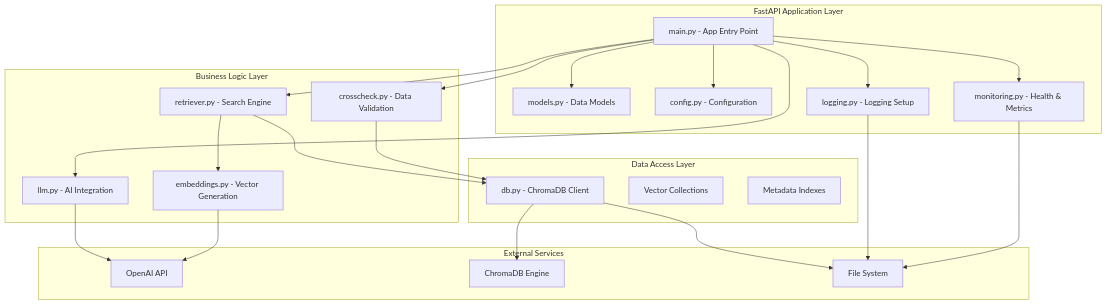
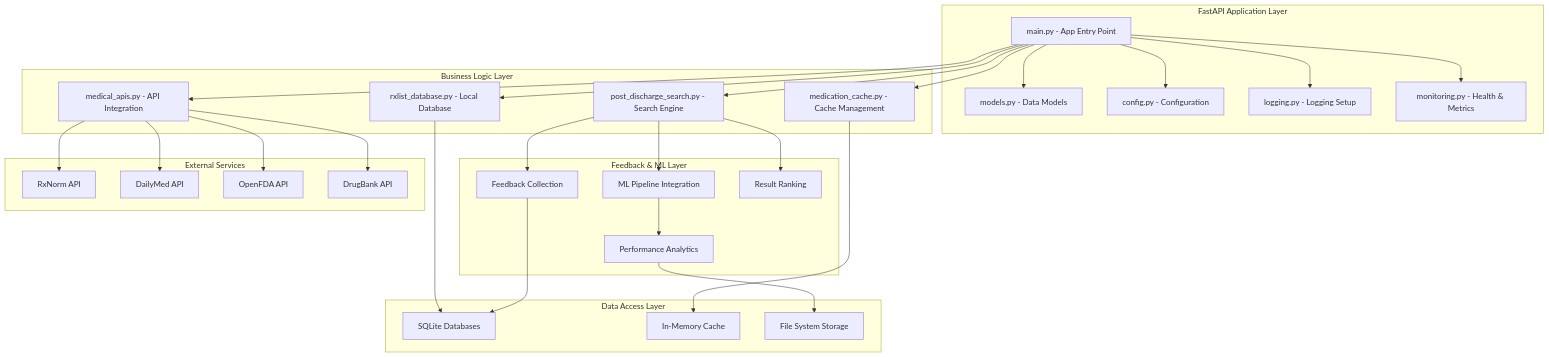
Before and after one commit to Linesmerrill/RxVerify: the second of 15 diagrams in ARCHITECTURE.md, drawn with Mermaid. The commit also changed other lines of this file and 1 other file, not shown here.

````diff
--- a/ARCHITECTURE.md
+++ b/ARCHITECTURE.md
@@ -78,48 +94,60 @@
 ```mermaid
 graph TB
     subgraph "FastAPI Application Layer"
         A[main.py - App Entry Point]
         B[models.py - Data Models]
         C[config.py - Configuration]
         D[logging.py - Logging Setup]
         E[monitoring.py - Health & Metrics]
     end
     
     subgraph "Business Logic Layer"
-        F[retriever.py - Search Engine]
-        G[crosscheck.py - Data Validation]
-        H[llm.py - AI Integration]
-        I[embeddings.py - Vector Generation]
+        F[post_discharge_search.py - Search Engine]
+        G[medical_apis.py - API Integration]
+        H[medication_cache.py - Cache Management]
+        I[rxlist_database.py - Local Database]
+    end
+    
+    subgraph "Feedback & ML Layer"
+        J[Feedback Collection]
+        K[ML Pipeline Integration]
+        L[Result Ranking]
+        M[Performance Analytics]
     end
     
     subgraph "Data Access Layer"
-        J[db.py - ChromaDB Client]
-        K[Vector Collections]
-        L[Metadata Indexes]
+        N[SQLite Databases]
+        O[In-Memory Cache]
+        P[File System Storage]
     end
     
     subgraph "External Services"
-        M[OpenAI API]
-        N[ChromaDB Engine]
-        O[File System]
+        Q[RxNorm API]
+        R[DailyMed API]
+        S[OpenFDA API]
+        T[DrugBank API]
     end
     
     A --> B
     A --> C
     A --> D
     A --> E
     A --> F
     A --> G
     A --> H
+    A --> I
     
-    F --> I
     F --> J
-    G --> J
-    H --> M
-    I --> M
+    F --> K
+    F --> L
+    G --> Q
+    G --> R
+    G --> S
+    G --> T
     
+    H --> O
+    I --> N
     J --> N
-    J --> O
-    D --> O
-    E --> O
+    K --> M
+    M --> P
 ```
````
